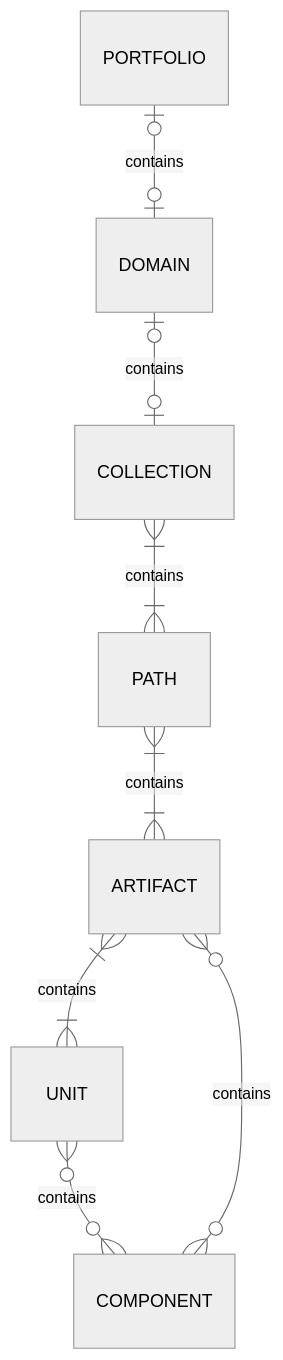
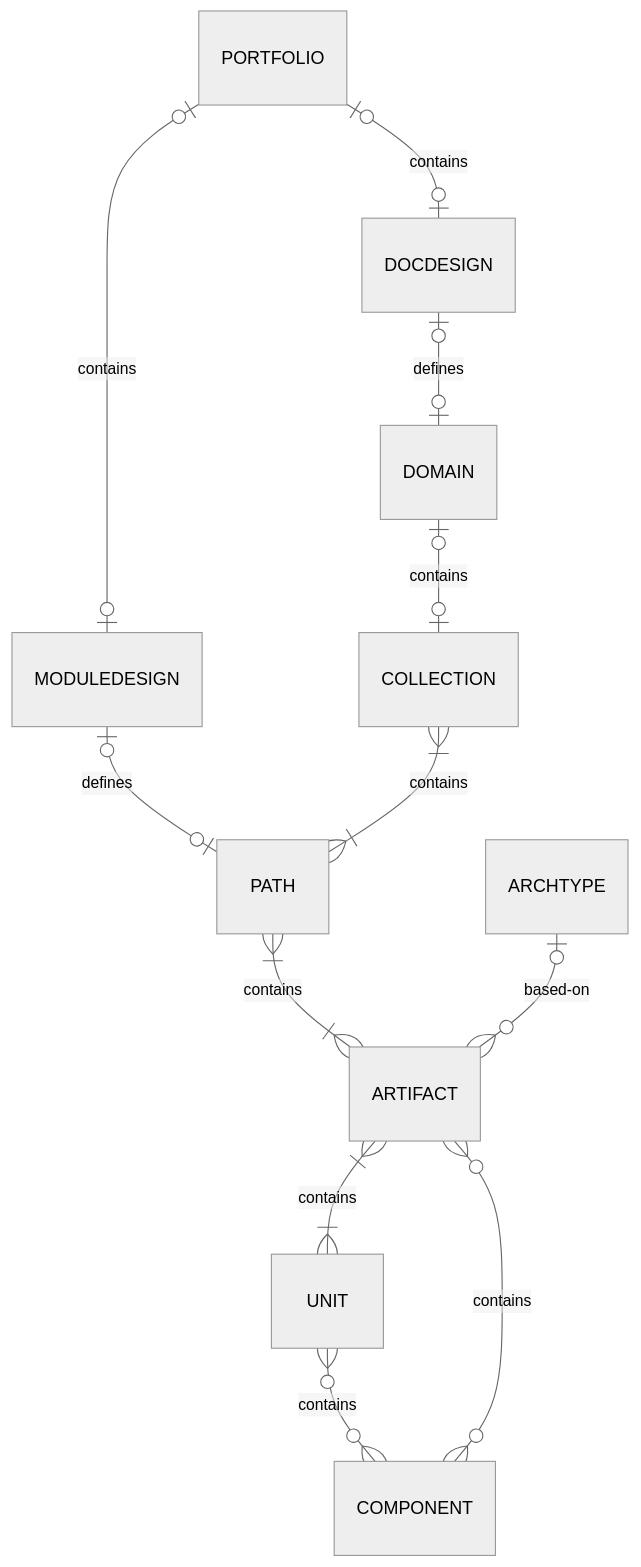
The diagram in diagrams/pattern-levels.mmd (mattbriggs/tech-doc-generator), drawn with Mermaid (neutral theme) before and after one commit. The commit also changed 3 other files, not shown here.

```diff
--- a/diagrams/pattern-levels.mmd
+++ b/diagrams/pattern-levels.mmd
@@ -1,8 +1,12 @@
 erDiagram
-        PORTFOLIO |o--o| DOMAIN : contains
+        PORTFOLIO |o--o| DOCDESIGN : contains
+        PORTFOLIO  |o--o| MODULEDESIGN : contains
+        DOCDESIGN |o--o| DOMAIN : defines
+        MODULEDESIGN |o--o| PATH : defines
         DOMAIN |o--o| COLLECTION: contains
         COLLECTION }|--|{ PATH : contains
         PATH }|--|{ ARTIFACT : contains
         ARTIFACT }|--|{ UNIT : contains
         UNIT }o--o{ COMPONENT : contains
         ARTIFACT }o--o{ COMPONENT : contains
+        ARCHTYPE |o--o{ ARTIFACT : based-on
```
